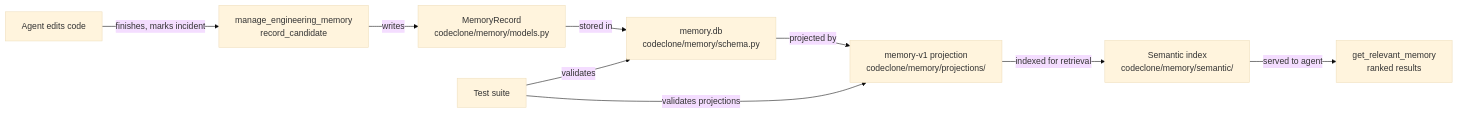
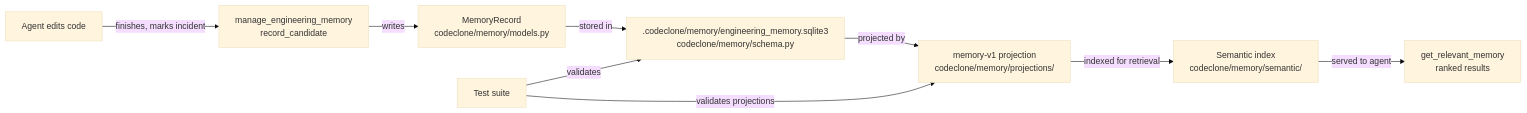
The diagram in docs/internal/agent-guides/memory.md (orenlab/codeclone), drawn with Mermaid (base theme) before and after one commit. The commit also changed other lines of this file and 38 other files, not shown here.

````diff
--- a/docs/internal/agent-guides/memory.md
+++ b/docs/internal/agent-guides/memory.md
@@ -39,12 +39,12 @@
 ```mermaid
 graph LR
   A["Agent edits code"] -->|finishes, marks incident| B["manage_engineering_memory<br/>record_candidate"]
   B -->|writes| C["MemoryRecord<br/>codeclone/memory/models.py"]
-  C -->|stored in| D["memory.db<br/>codeclone/memory/schema.py"]
+  C -->|stored in| D[".codeclone/memory/engineering_memory.sqlite3<br/>codeclone/memory/schema.py"]
   D -->|projected by| E["memory-v1 projection<br/>codeclone/memory/projections/"]
   E -->|indexed for retrieval| F["Semantic index<br/>codeclone/memory/semantic/"]
   F -->|served to agent| G["get_relevant_memory<br/>ranked results"]
 
   H["Test suite"] -->|validates| D
   H -->|validates projections| E
 ```
````
